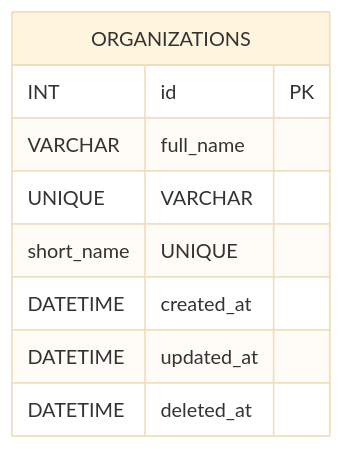
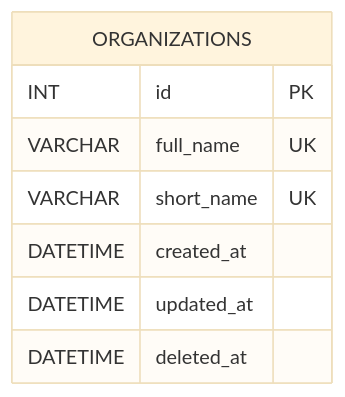
The diagram in modules/organizations/README.md (percontmx/sportscloud), drawn with Mermaid (base theme) before and after one commit. The commit also changed other lines of this file, not shown here.

Commit message:
Correcciones al diagrama de entidad relación, módulo organizaciones.

````diff
--- a/modules/organizations/README.md
+++ b/modules/organizations/README.md
@@ -15,11 +15,11 @@
 ```mermaid
 erDiagram
-    ORGANIZATIONS {
-        INT id PK
-        VARCHAR full_name UNIQUE
-        VARCHAR short_name UNIQUE
-        DATETIME created_at
-        DATETIME updated_at
-        DATETIME deleted_at
+    o[ORGANIZATIONS] {
+        INT id PK 
+        VARCHAR full_name UK 
+        VARCHAR short_name UK 
+        DATETIME created_at 
+        DATETIME updated_at 
+        DATETIME deleted_at 
     }
 ```
````
